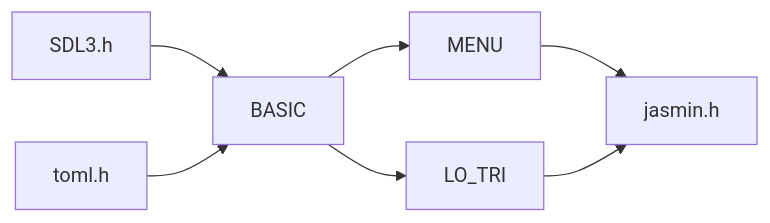
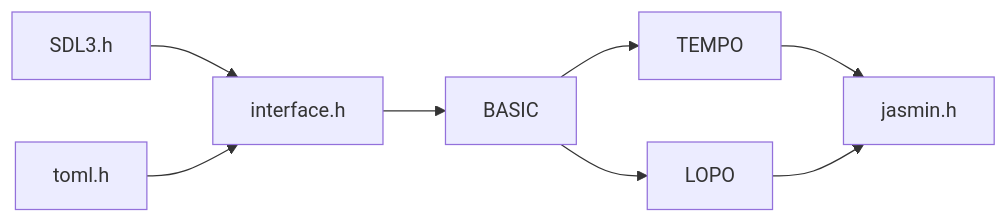
The diagram in src/jasmin/README.md (ShilianShen/Jasmin), drawn with Mermaid before and after one commit. The commit also changed 13 other files, not shown here.

````diff
--- a/src/jasmin/README.md
+++ b/src/jasmin/README.md
@@ -3,5 +3,10 @@
 ```mermaid
 graph LR
-    SDL3.h --> BASIC --> MENU --> jasmin.h
-    toml.h --> BASIC --> LO_TRI--> jasmin.h
+    SDL3.h --> interface.h
+    toml.h --> interface.h
+    interface.h --> BASIC
+    BASIC --> TEMPO --> jasmin.h
+    BASIC --> LOPO --> jasmin.h
+
+    
 ```
````
